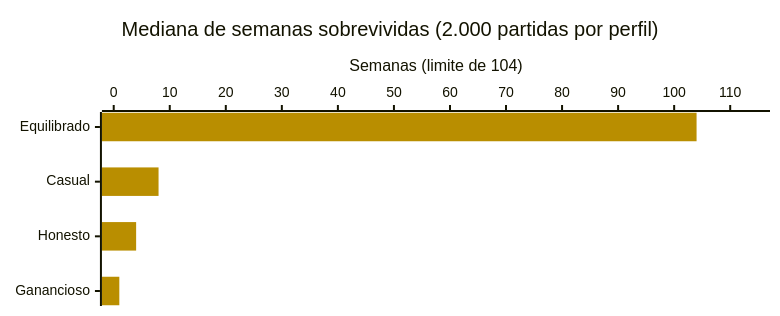
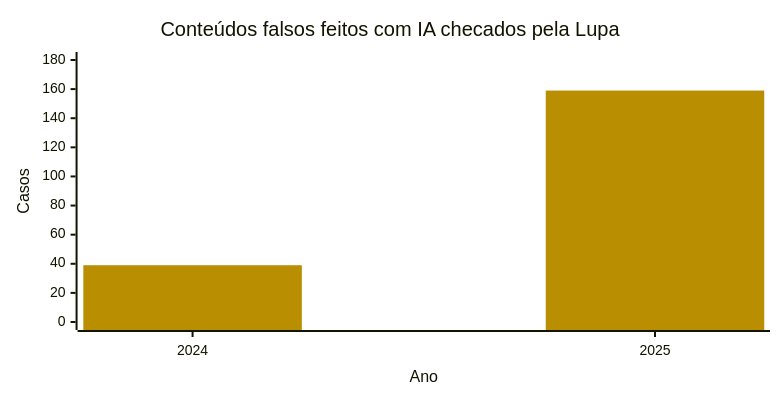
One commit to DaviPerrelli15/editorial-da-mentira changed the first of 3 diagrams in README.md. Above: the diagram before and after it, drawn with Mermaid. The commit also changed other lines of this file and 38 other files, not shown here.

````diff
--- a/README.md
+++ b/README.md
@@ -148,8 +144,8 @@
 ```mermaid
-%%{init: {"xyChart": {"width": 760, "height": 296}, "themeVariables": {"xyChart": {"plotColorPalette": "#B98E00"}}}}%%
-xychart-beta horizontal
-  title "Mediana de semanas sobrevividas (2.000 partidas por perfil)"
-  x-axis ["Equilibrado", "Casual", "Honesto", "Ganancioso"]
-  y-axis "Semanas (limite de 104)" 0 --> 115
-  bar [104, 8, 4, 1]
+%%{init: {"xyChart": {"width": 760, "height": 380}, "themeVariables": {"xyChart": {"plotColorPalette": "#B98E00"}}}}%%
+xychart-beta
+  title "Conteúdos falsos feitos com IA checados pela Lupa"
+  x-axis "Ano" ["2024", "2025"]
+  y-axis "Casos" 0 --> 180
+  bar [39, 159]
 ```
````
